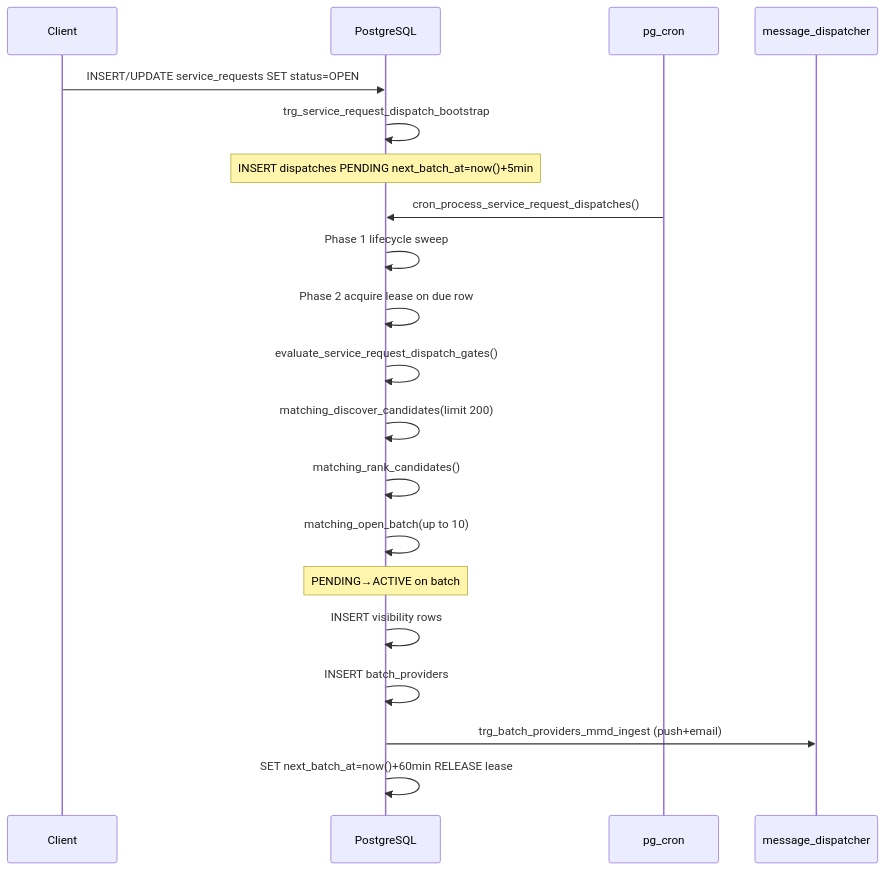
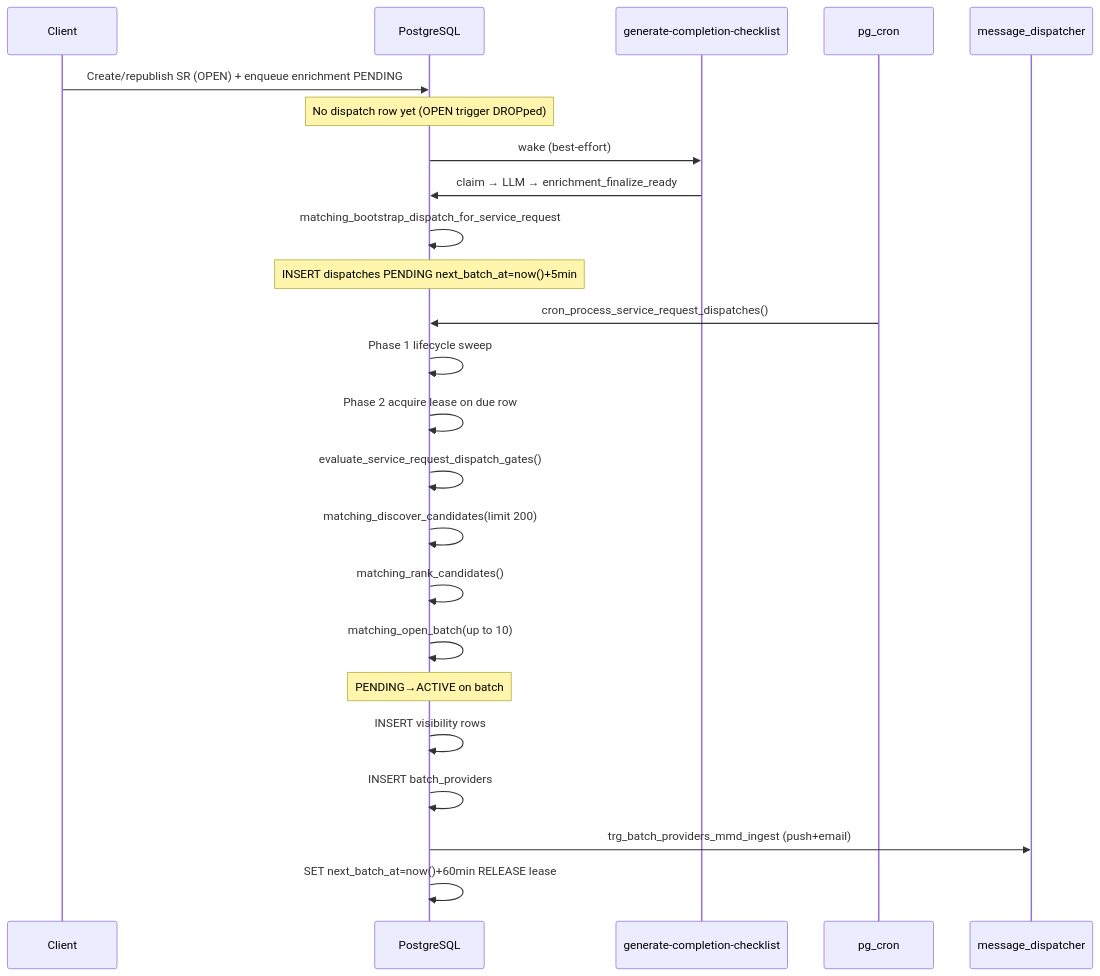
The third of 5 diagrams in docs/matching-algorithm/design.md (higorpo/renovi-orbit-test), drawn with Mermaid before and after one commit. The commit also changed other lines of this file and 35 other files, not shown here.

First line of the commit message:
Enhance service completion documentation and update related components

````diff
--- a/docs/matching-algorithm/design.md
+++ b/docs/matching-algorithm/design.md
@@ -464,24 +466,28 @@
 ```mermaid
 sequenceDiagram
   participant C as Client
   participant PG as PostgreSQL
+  participant EDGE as generate-completion-checklist
   participant CRON as pg_cron
   participant MMD as message_dispatcher
 
-  C->>PG: INSERT/UPDATE service_requests SET status=OPEN
-  PG->>PG: trg_service_request_dispatch_bootstrap
+  C->>PG: Create/republish SR (OPEN) + enqueue enrichment PENDING
+  Note over PG: No dispatch row yet (OPEN trigger DROPped)
+  PG->>EDGE: wake (best-effort)
+  EDGE->>PG: claim → LLM → enrichment_finalize_ready
+  PG->>PG: matching_bootstrap_dispatch_for_service_request
   Note over PG: INSERT dispatches PENDING next_batch_at=now()+5min
 
   CRON->>PG: cron_process_service_request_dispatches()
   PG->>PG: Phase 1 lifecycle sweep
   PG->>PG: Phase 2 acquire lease on due row
   PG->>PG: evaluate_service_request_dispatch_gates()
   PG->>PG: matching_discover_candidates(limit 200)
   PG->>PG: matching_rank_candidates()
   PG->>PG: matching_open_batch(up to 10)
   Note over PG: PENDING→ACTIVE on batch #1
   PG->>PG: INSERT visibility rows
   PG->>PG: INSERT batch_providers
   PG->>MMD: trg_batch_providers_mmd_ingest (push+email)
   PG->>PG: SET next_batch_at=now()+60min RELEASE lease
 ```
````
